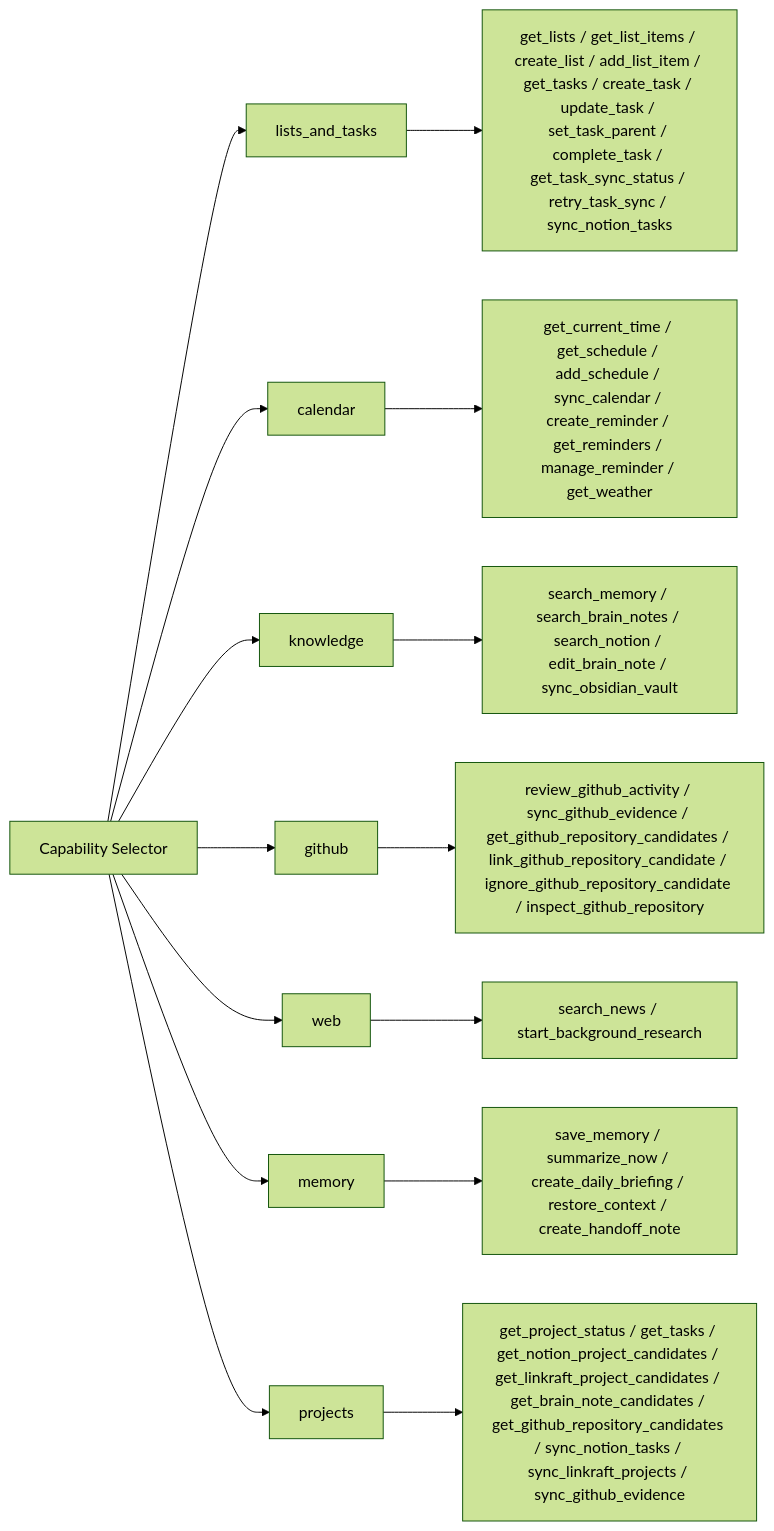
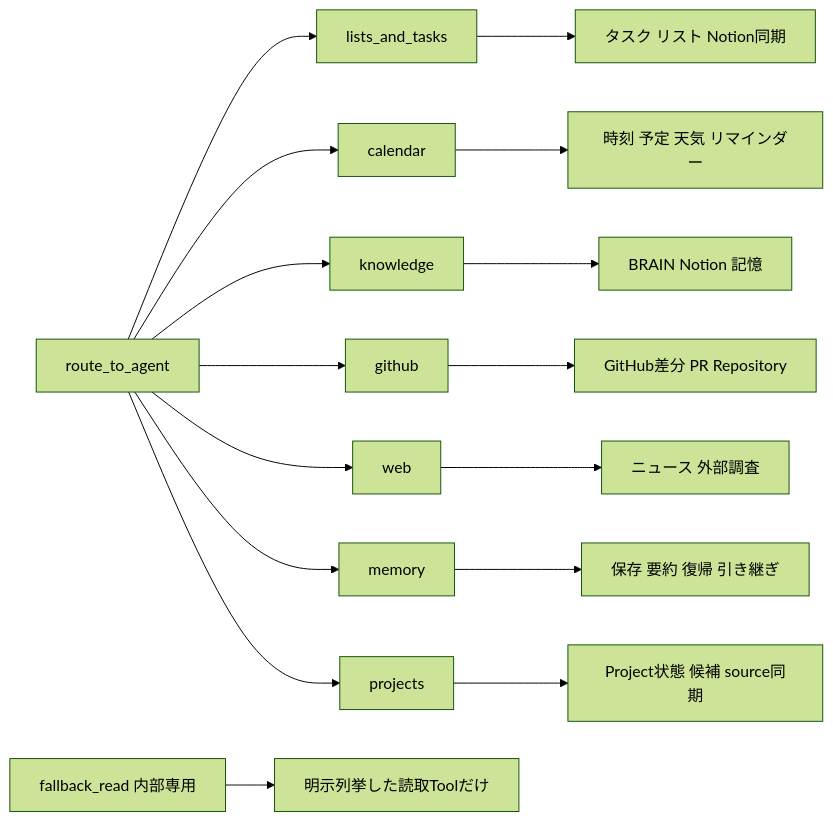
Before and after one commit to Soso2e/PETIT: the third of 12 diagrams in docs/runtime-flows.md, drawn with Mermaid (forest theme). The commit also changed other lines of this file, not shown here.

````diff
--- a/docs/runtime-flows.md
+++ b/docs/runtime-flows.md
@@ -91,28 +110,31 @@
 ```mermaid
 flowchart LR
-    selector[Capability Selector]
+    selector[route_to_agent]
 
     tasks[lists_and_tasks]
     calendar[calendar]
     knowledge[knowledge]
     github[github]
     web[web]
     memory[memory]
     projects[projects]
+    fallback[fallback_read 内部専用]
 
-    taskTools["get_lists / get_list_items / create_list / add_list_item / get_tasks / create_task / update_task / set_task_parent / complete_task / get_task_sync_status / retry_task_sync / sync_notion_tasks"]
-    calendarTools["get_current_time / get_schedule / add_schedule / sync_calendar / create_reminder / get_reminders / manage_reminder / get_weather"]
-    knowledgeTools["search_memory / search_brain_notes / search_notion / edit_brain_note / sync_obsidian_vault"]
-    githubTools["review_github_activity / sync_github_evidence / get_github_repository_candidates / link_github_repository_candidate / ignore_github_repository_candidate / inspect_github_repository"]
-    webTools["search_news / start_background_research"]
-    memoryTools["save_memory / summarize_now / create_daily_briefing / restore_context / create_handoff_note"]
-    projectTools["get_project_status / get_tasks / get_notion_project_candidates / get_linkraft_project_candidates / get_brain_note_candidates / get_github_repository_candidates / sync_notion_tasks / sync_linkraft_projects / sync_github_evidence"]
+    taskTools["タスク リスト Notion同期"]
+    calendarTools["時刻 予定 天気 リマインダー"]
+    knowledgeTools["BRAIN Notion 記憶"]
+    githubTools["GitHub差分 PR Repository"]
+    webTools["ニュース 外部調査"]
+    memoryTools["保存 要約 復帰 引き継ぎ"]
+    projectTools["Project状態 候補 source同期"]
+    readTools["明示列挙した読取Toolだけ"]
 
     selector --> tasks --> taskTools
     selector --> calendar --> calendarTools
     selector --> knowledge --> knowledgeTools
     selector --> github --> githubTools
     selector --> web --> webTools
     selector --> memory --> memoryTools
     selector --> projects --> projectTools
+    fallback --> readTools
 ```
````
